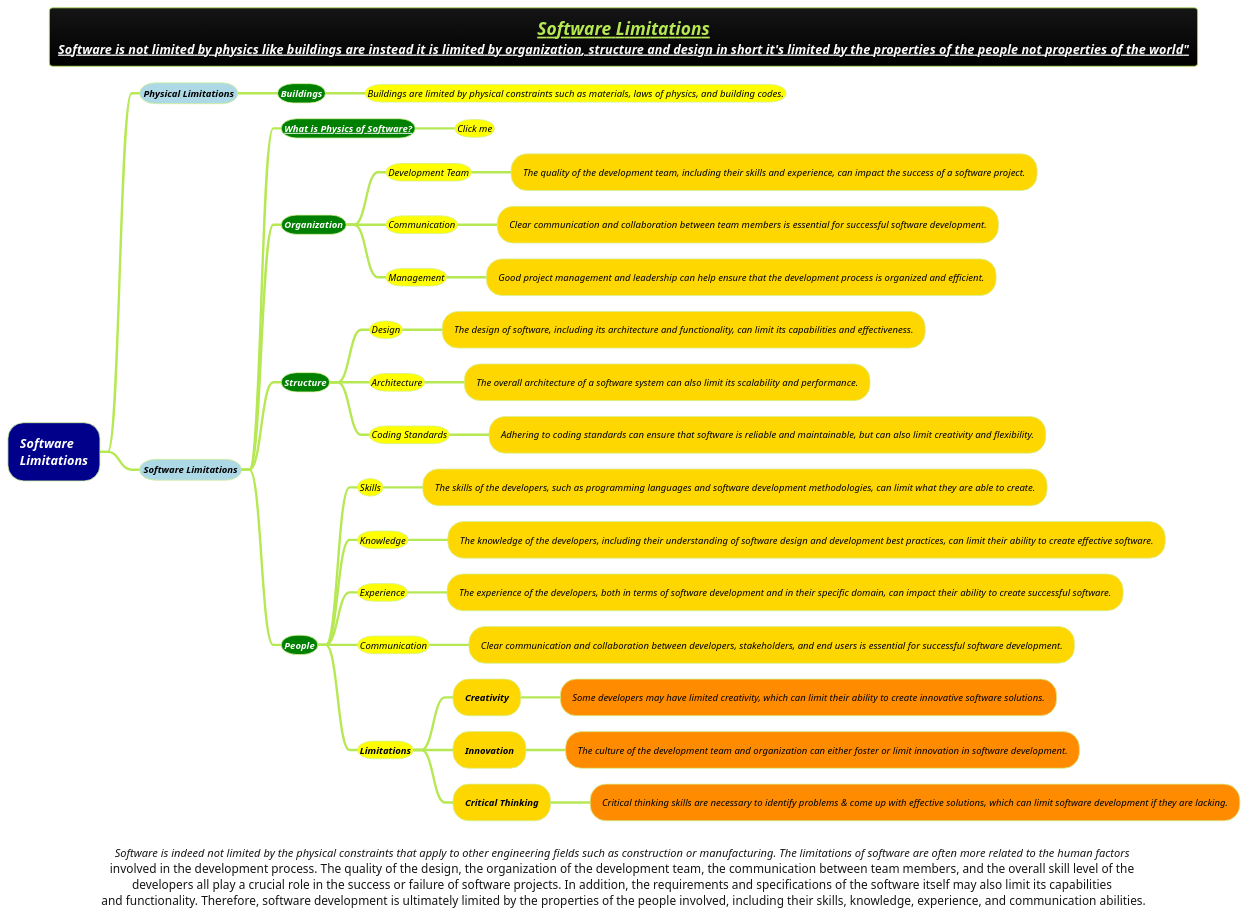
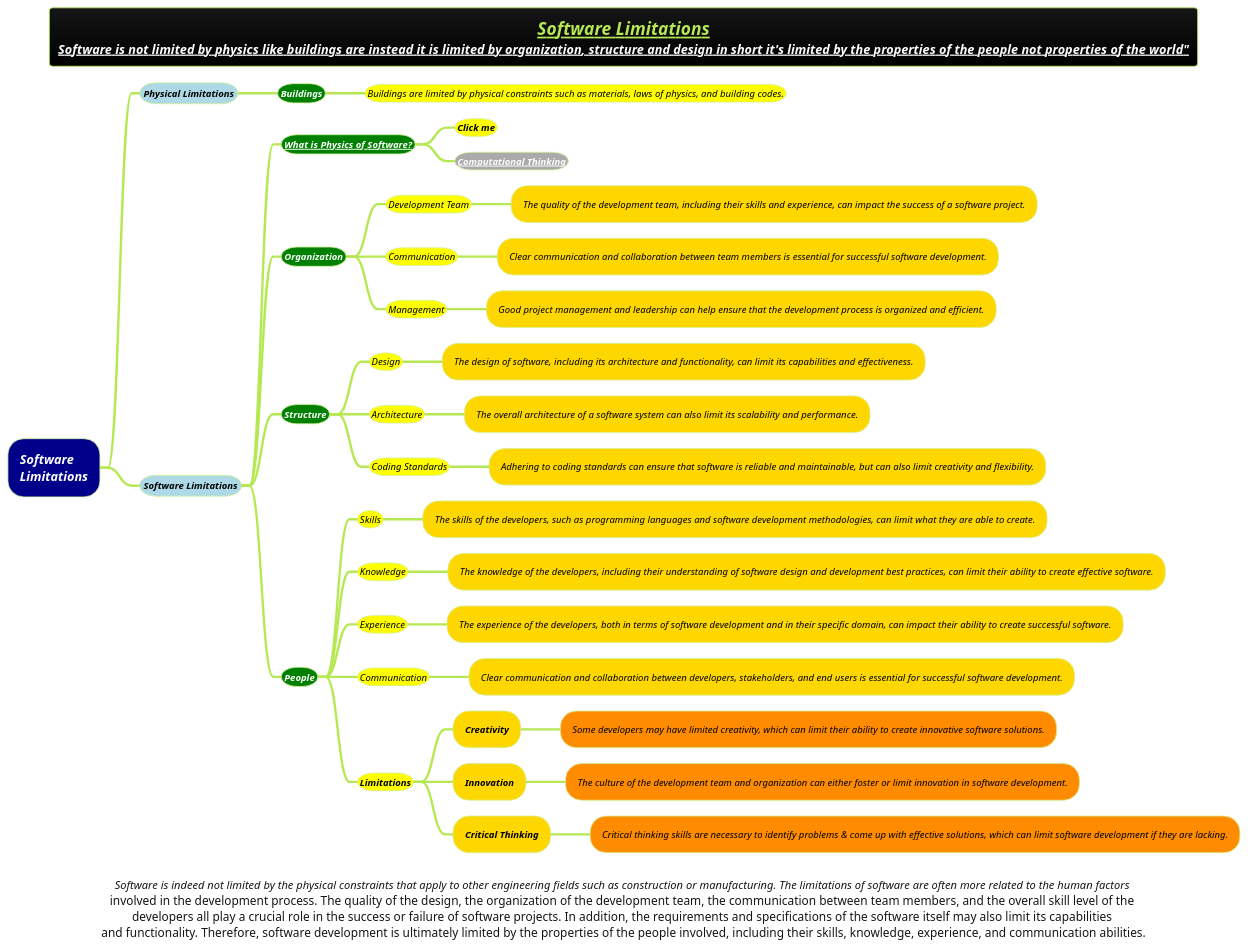
Before and after one commit to MehmoodHashmi/Documentation-as-Code-DaC: the diagram in docs/1-Requirement-Engineering/Software-Limitations.puml, drawn with PlantUML. The commit also changed 6 other files, not shown here.

```diff
--- a/docs/1-Requirement-Engineering/Software-Limitations.puml
+++ b/docs/1-Requirement-Engineering/Software-Limitations.puml
@@ -1,44 +1,45 @@
 @startmindmap
 title =<b><i><u><size:18>Software Limitations \n<color #white><b><i><u><size:16>Software is not limited by physics like buildings are instead it is limited by organization, structure and design in short it's limited by the properties of the people not properties of the world"
 caption <i>Software is indeed not limited by the physical constraints that apply to other engineering fields such as construction or manufacturing. The limitations of software are often more related to the human factors \n<size:15>involved in the development process. The quality of the design, the organization of the development team, the communication between team members, and the overall skill level of the \n<size:15>developers all play a crucial role in the success or failure of software projects. In addition, the requirements and specifications of the software itself may also limit its capabilities \n<size:15>and functionality. Therefore, software development is ultimately limited by the properties of the people involved, including their skills, knowledge, experience, and communication abilities.
 
 !theme hacker
 
 *[#darkblue] <i><color #white>Software \n<i><color #white>Limitations
 **[#lightblue] <i><color #black><size:12>Physical Limitations
 ***[#green] <b><i><color #white><size:12>Buildings
 ****[#yellow] <i><color #black><size:12>Buildings are limited by physical constraints such as materials, laws of physics, and building codes.
 **[#lightblue] <i><color #black><size:12>Software Limitations
 ***[#green] <b><i><color #white><size:12>[[docs/3-programming-languages/Venkat-Subramaniam/images/img_239.png What is Physics of Software?]]
-****[#yellow] <i><color #black><size:12>Click me
+****[#yellow] <i><color #black><size:12><b>Click me
+****[#a] <i><color #black><size:12><b>[[docs/3-programming-languages/Venkat-Subramaniam/images/img_268.png Computational Thinking]]
 ***[#green] <b><i><color #white><size:12>Organization
 ****[#yellow] <i><color #black><size:12>Development Team
 *****[#gold] <i><color #black><size:12>The quality of the development team, including their skills and experience, can impact the success of a software project.
 ****[#yellow] <i><color #black><size:12>Communication
 *****[#gold] <i><color #black><size:12>Clear communication and collaboration between team members is essential for successful software development.
 ****[#yellow] <i><color #black><size:12>Management
 *****[#gold] <i><color #black><size:12>Good project management and leadership can help ensure that the development process is organized and efficient.
 ***[#green] <b><i><color #white><size:12>Structure
 ****[#yellow] <i><color #black><size:12>Design
 *****[#gold] <i><color #black><size:12>The design of software, including its architecture and functionality, can limit its capabilities and effectiveness.
 ****[#yellow] <i><color #black><size:12>Architecture
 *****[#gold] <i><color #black><size:12>The overall architecture of a software system can also limit its scalability and performance.
 ****[#yellow] <i><color #black><size:12>Coding Standards
 *****[#gold] <i><color #black><size:12>Adhering to coding standards can ensure that software is reliable and maintainable, but can also limit creativity and flexibility.
 ***[#green] <b><i><color #white><size:12>People
 ****[#yellow] <i><color #black><size:12>Skills
 *****[#gold] <i><color #black><size:12>The skills of the developers, such as programming languages and software development methodologies, can limit what they are able to create.
 ****[#yellow] <i><color #black><size:12>Knowledge
 *****[#gold] <i><color #black><size:12>The knowledge of the developers, including their understanding of software design and development best practices, can limit their ability to create effective software.
 ****[#yellow] <i><color #black><size:12>Experience
 *****[#gold] <i><color #black><size:12>The experience of the developers, both in terms of software development and in their specific domain, can impact their ability to create successful software.
 ****[#yellow] <i><color #black><size:12>Communication
 *****[#gold] <i><color #black><size:12>Clear communication and collaboration between developers, stakeholders, and end users is essential for successful software development.
 ****[#yellow] <b><i><color #black><size:12>Limitations
 *****[#gold] <b><i><color #black><size:12>Creativity
 ******[#darkorange] <i><color #black><size:12>Some developers may have limited creativity, which can limit their ability to create innovative software solutions.
 *****[#gold] <b><i><color #black><size:12>Innovation
 ******[#darkorange] <i><color #black><size:12>The culture of the development team and organization can either foster or limit innovation in software development.
 *****[#gold] <b><i><color #black><size:12>Critical Thinking
 ******[#darkorange] <i><color #black><size:12>Critical thinking skills are necessary to identify problems & come up with effective solutions, which can limit software development if they are lacking.
 @endmindmap
```
